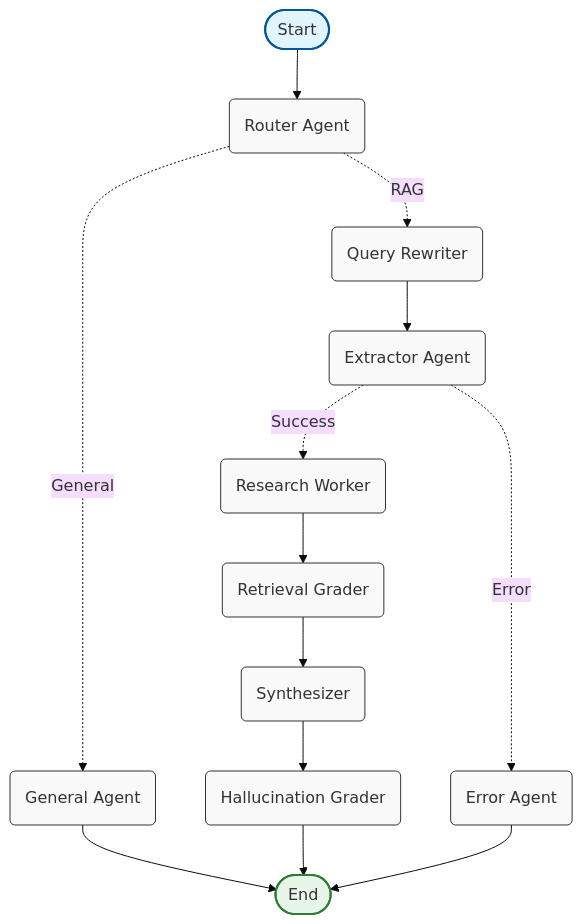
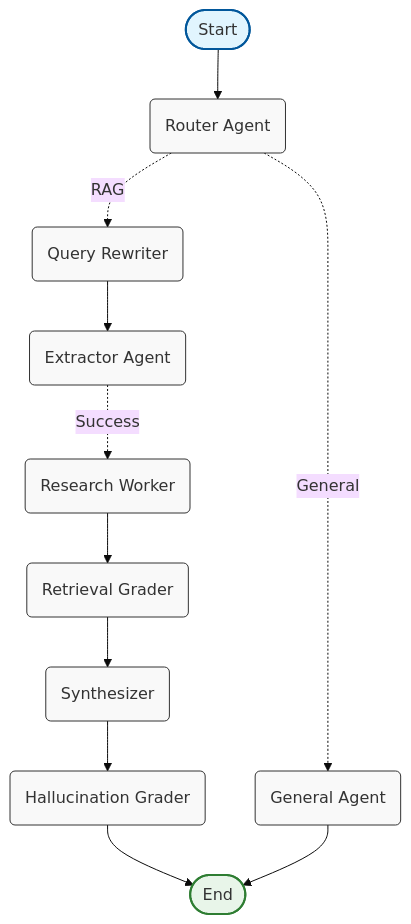
Before and after one commit to dvlastnik/rag-mendelu: the diagram in README.md, drawn with Mermaid (base theme). The commit also changed other lines of this file, not shown here.

````diff
--- a/README.md
+++ b/README.md
@@ -120,38 +107,35 @@
 ```mermaid
 graph TD
     Start([Start]):::first
     router(Router Agent)
     general(General Agent)
     rewriter(Query Rewriter)
     extractor(Extractor Agent)
     worker(Research Worker)
     grader(Retrieval Grader)
     hallucination(Hallucination Grader)
     synth(Synthesizer)
-    error(Error Agent)
     End([End]):::last
 
     %% Flow
     Start --> router
     
     router -.->|General| general
     router -.->|RAG| rewriter
     
     rewriter --> extractor
     
     extractor -.->|Success| worker
-    extractor -.->|Error| error
     
     worker --> grader
     grader --> synth
     synth --> hallucination
     
     hallucination --> End
     general --> End
-    error --> End
 
     %% Styling
     classDef default fill:#f9f9f9,stroke:#333,stroke-width:1px;
     classDef first fill:#e1f5fe,stroke:#01579b,stroke-width:2px;
     classDef last fill:#e8f5e9,stroke:#2e7d32,stroke-width:2px;
 ```
````
